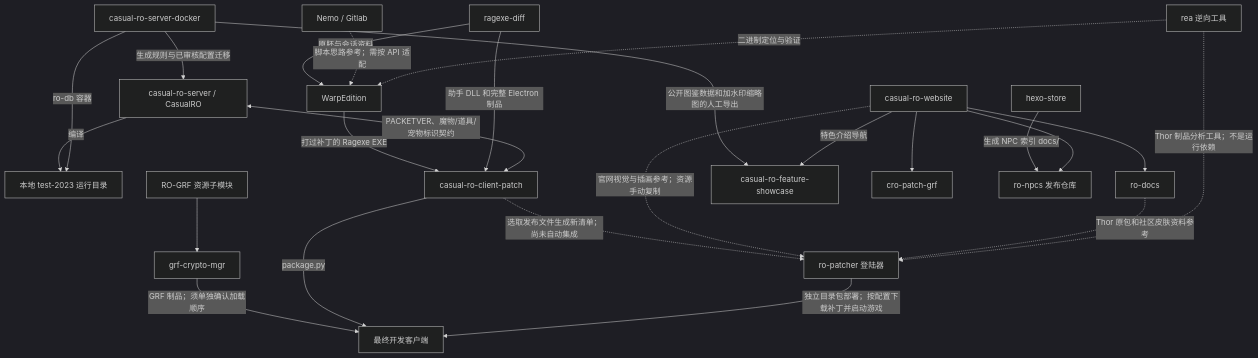
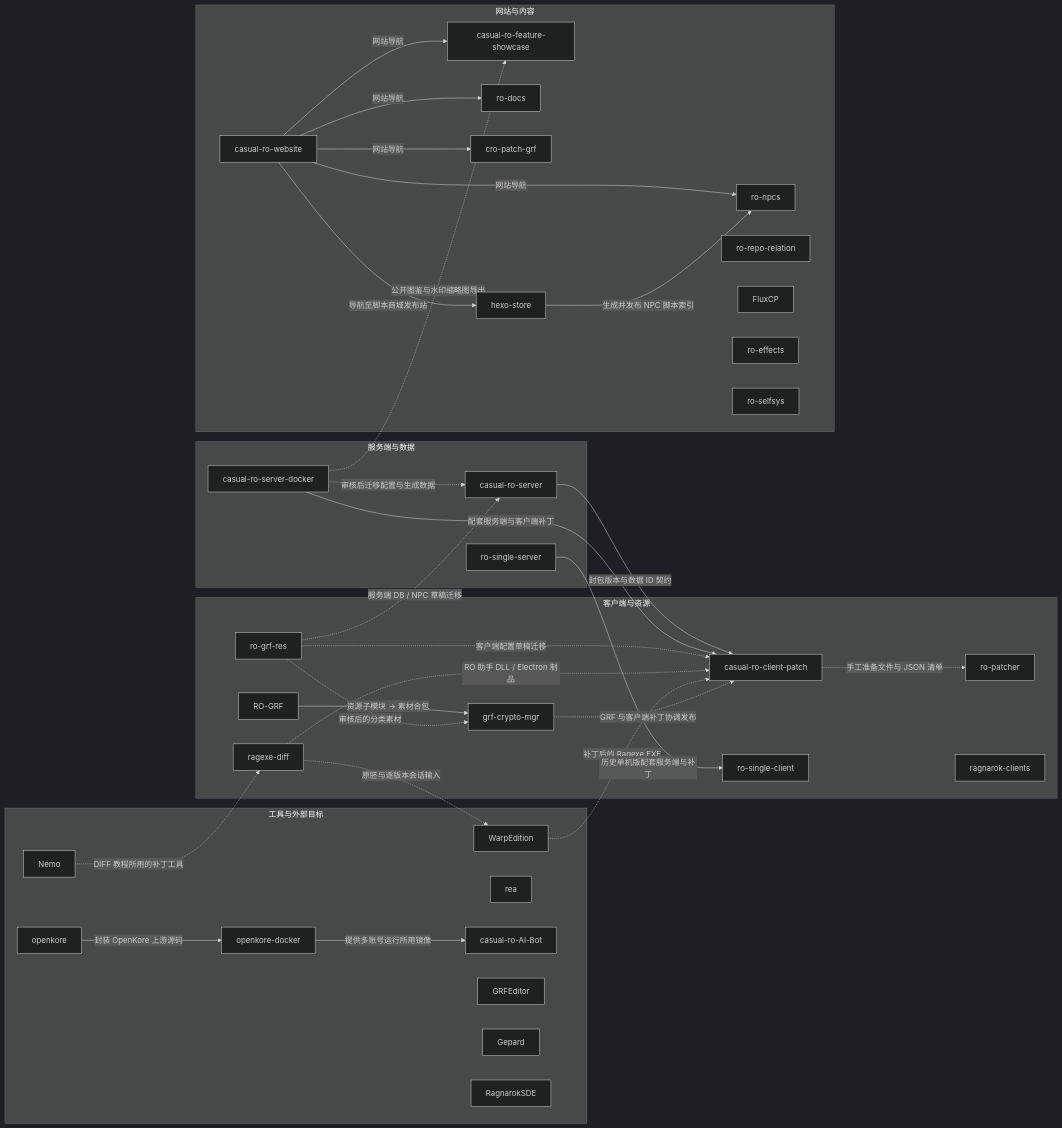
The diagram in README.md (Casual-Ragnarok/ro-repo-relation), drawn with Mermaid (dark theme) before and after one commit. The commit also changed other lines of this file and 7 other files, not shown here.

````diff
--- a/README.md
+++ b/README.md
@@ -34,26 +55,64 @@
 ```mermaid
-flowchart TD
-    engine[casual-ro-server / CasualRO] -->|编译| test[本地 test-2023 运行目录]
-    docker[casual-ro-server-docker] -->|ro-db 容器| test
-    docker -->|生成规则与已审核配置迁移| engine
-    diff[ragexe-diff] -->|原胚与会话资料| warp[WarpEdition]
-    nemo[Nemo / Gitlab] -.->|脚本思路参考；需按 API 适配| warp
-    rea[rea 逆向工具] -.->|二进制定位与验证| warp
-    warp -->|打过补丁的 Ragexe EXE| client[casual-ro-client-patch]
-    diff -->|助手 DLL 和完整 Electron 制品| client
-    assets[RO-GRF 资源子模块] --> grf[grf-crypto-mgr]
-    grf -->|GRF 制品；须单独确认加载顺序| game[最终开发客户端]
-    client -->|package.py| game
-    client -.->|选取发布文件生成新清单；尚未自动集成| launcher[ro-patcher 登陆器]
-    launcher -->|独立目录包部署；按配置下载补丁并启动游戏| game
-    home -.->|官网视觉与插画参考；资源手动复制| launcher
-    docs -.->|Thor 原包和社区皮肤资料参考| launcher
-    rea -.->|Thor 制品分析工具；不是运行依赖| launcher
-    engine <-->|PACKETVER、魔物/道具/宠物标识契约| client
-    docker -->|公开图鉴数据和加水印缩略图的人工导出| feature[casual-ro-feature-showcase]
-    home[casual-ro-website] -->|特色介绍导航| feature
-    home --> docs[ro-docs]
-    home --> downloads[cro-patch-grf]
-    store[hexo-store] -->|生成 NPC 索引 docs/| npcs[ro-npcs 发布仓库]
-    home --> npcs
+flowchart LR
+    subgraph group0["服务端与数据"]
+        repo0["casual-ro-server"]
+        repo1["casual-ro-server-docker"]
+        repo28["ro-single-server"]
+    end
+    subgraph group1["客户端与资源"]
+        repo2["casual-ro-client-patch"]
+        repo3["ro-patcher"]
+        repo4["ragexe-diff"]
+        repo5["grf-crypto-mgr"]
+        repo6["ro-grf-res"]
+        repo23["ragnarok-clients"]
+        repo27["ro-single-client"]
+        repo29["RO-GRF"]
+    end
+    subgraph group2["网站与内容"]
+        repo7["casual-ro-website"]
+        repo8["casual-ro-feature-showcase"]
+        repo9["ro-docs"]
+        repo10["cro-patch-grf"]
+        repo11["hexo-store"]
+        repo12["ro-npcs"]
+        repo13["ro-repo-relation"]
+        repo21["FluxCP"]
+        repo25["ro-effects"]
+        repo26["ro-selfsys"]
+    end
+    subgraph group3["工具与外部目标"]
+        repo14["WarpEdition"]
+        repo15["rea"]
+        repo16["Nemo"]
+        repo17["casual-ro-AI-Bot"]
+        repo18["openkore-docker"]
+        repo19["openkore"]
+        repo20["GRFEditor"]
+        repo22["Gepard"]
+        repo24["RagnarokSDE"]
+    end
+    repo1 -.->|审核后迁移配置与生成数据| repo0
+    repo5 -.->|GRF 与客户端补丁协调发布| repo2
+    repo1 -.->|公开图鉴与水印缩略图导出| repo8
+    repo11 -->|生成并发布 NPC 脚本索引| repo12
+    repo7 -->|网站导航| repo8
+    repo4 -.->|原胚与逐版本会话输入| repo14
+    repo14 -.->|补丁后的 Ragexe EXE| repo2
+    repo4 -.->|RO 助手 DLL / Electron 制品| repo2
+    repo2 -.->|手工准备文件与 JSON 清单| repo3
+    repo6 -.->|审核后的分类素材| repo5
+    repo6 -.->|客户端配置草稿迁移| repo2
+    repo6 -.->|服务端 DB / NPC 草稿迁移| repo0
+    repo1 -->|配套服务端与客户端补丁| repo2
+    repo29 -->|资源子模块 → 素材合包| repo5
+    repo16 -.->|DIFF 教程所用的补丁工具| repo4
+    repo0 -->|封包版本与数据 ID 契约| repo2
+    repo7 -->|网站导航| repo9
+    repo7 -->|网站导航| repo10
+    repo7 -->|网站导航| repo12
+    repo7 -->|导航至脚本商城发布站| repo11
+    repo19 -->|封装 OpenKore 上游源码| repo18
+    repo18 -->|提供多账号运行所用镜像| repo17
+    repo28 -->|历史单机版配套服务端与补丁| repo27
 ```
````
